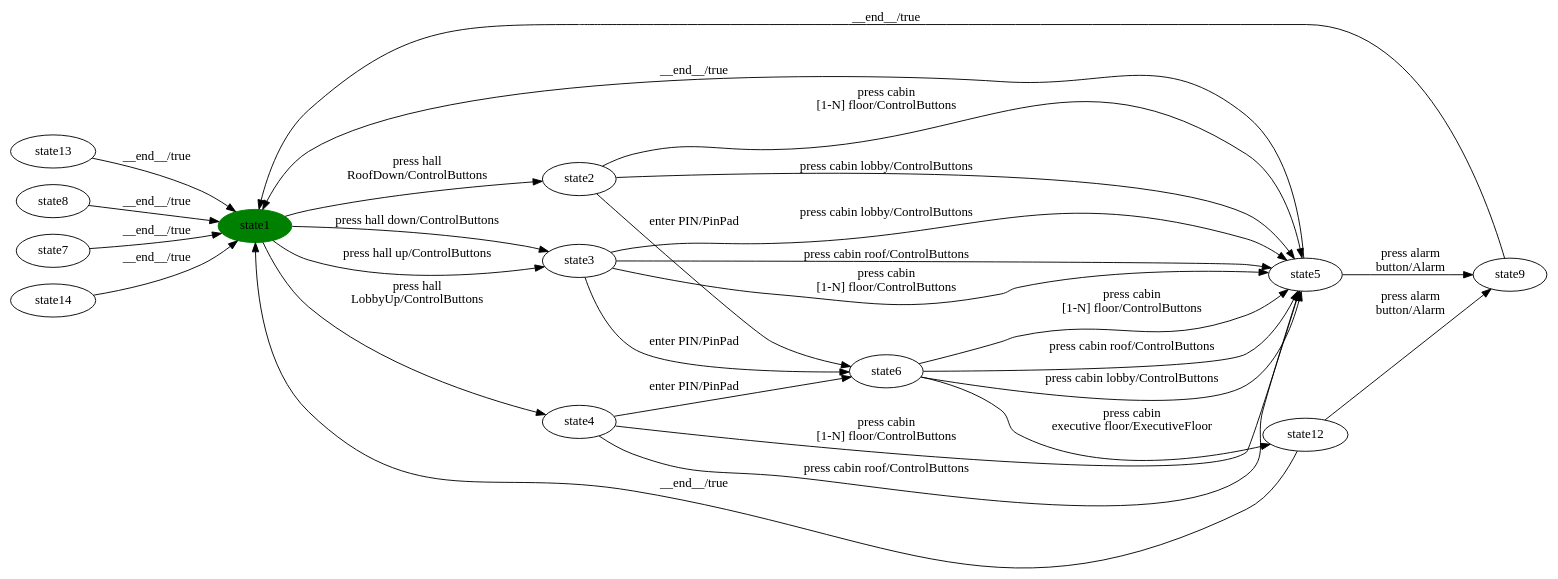
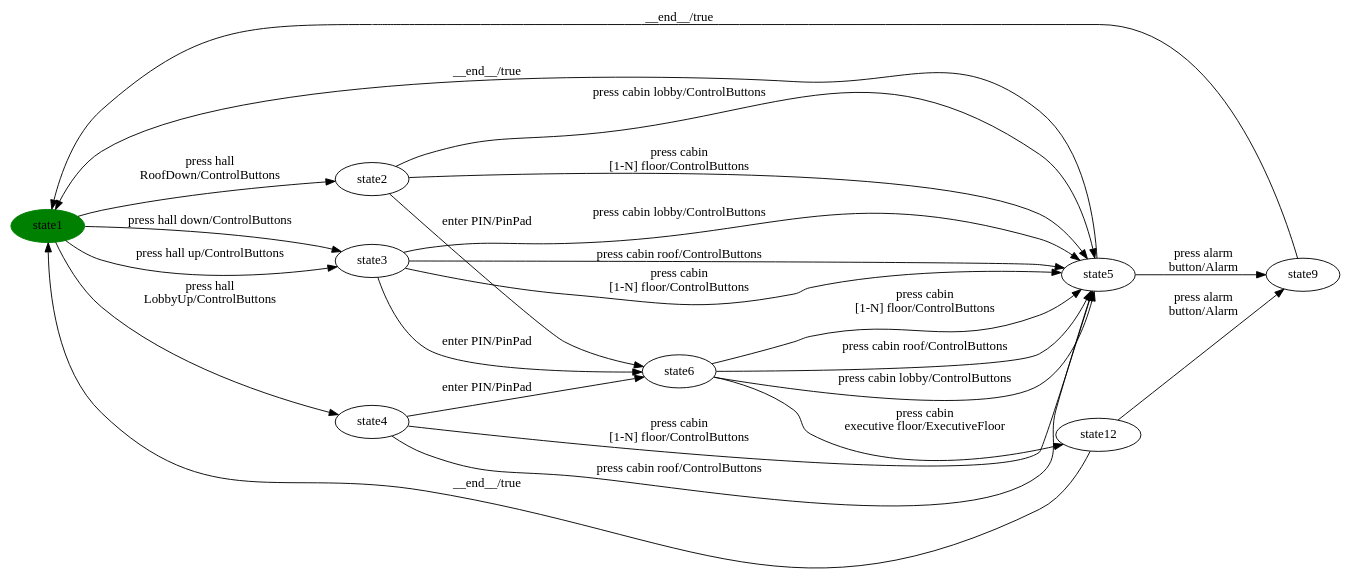
The diagram in milestone-reports/scc-walkthrough/Elevator/Elevator-step2-projected.dot (dilekozturk93/vibes), drawn with Graphviz before and after one commit. The commit also changed 80 other files, not shown here.

```diff
--- a/milestone-reports/scc-walkthrough/Elevator/Elevator-step2-projected.dot
+++ b/milestone-reports/scc-walkthrough/Elevator/Elevator-step2-projected.dot
@@ -1,51 +1,43 @@
 digraph G {
 rankdir=LR;
 state0[ label = "state1", style=filled, color=green ];
 state1 [ label = "state9" ];
 state1 -> state0 [ label=" __end__/true " ];
 state2 [ label = "state6" ];
 state2 -> state3 [ label=" press cabin lobby/ControlButtons " ];
 state2 -> state3 [ label=" press cabin 
 [1-N] floor/ControlButtons " ];
 state2 -> state3 [ label=" press cabin roof/ControlButtons " ];
 state2 -> state4 [ label=" press cabin 
 executive floor/ExecutiveFloor " ];
-state5 [ label = "state13" ];
-state5 -> state0 [ label=" __end__/true " ];
 state3 [ label = "state5" ];
 state3 -> state1 [ label=" press alarm
 button/Alarm " ];
 state3 -> state0 [ label=" __end__/true " ];
 state4 [ label = "state12" ];
 state4 -> state1 [ label=" press alarm
 button/Alarm " ];
 state4 -> state0 [ label=" __end__/true " ];
-state6 [ label = "state8" ];
-state6 -> state0 [ label=" __end__/true " ];
-state7 [ label = "state7" ];
-state7 -> state0 [ label=" __end__/true " ];
-state8 [ label = "state2" ];
-state8 -> state3 [ label=" press cabin 
+state5 [ label = "state2" ];
+state5 -> state2 [ label=" enter PIN/PinPad " ];
+state5 -> state3 [ label=" press cabin lobby/ControlButtons " ];
+state5 -> state3 [ label=" press cabin 
 [1-N] floor/ControlButtons " ];
-state8 -> state3 [ label=" press cabin lobby/ControlButtons " ];
-state8 -> state2 [ label=" enter PIN/PinPad " ];
-state0 -> state8 [ label=" press hall 
+state0 -> state5 [ label=" press hall 
 RoofDown/ControlButtons " ];
-state0 -> state9 [ label=" press hall up/ControlButtons " ];
-state0 -> state9 [ label=" press hall down/ControlButtons " ];
-state0 -> state10 [ label=" press hall 
+state0 -> state6 [ label=" press hall up/ControlButtons " ];
+state0 -> state6 [ label=" press hall down/ControlButtons " ];
+state0 -> state7 [ label=" press hall 
 LobbyUp/ControlButtons " ];
-state10 [ label = "state4" ];
-state10 -> state3 [ label=" press cabin roof/ControlButtons " ];
-state10 -> state3 [ label=" press cabin 
+state7 [ label = "state4" ];
+state7 -> state3 [ label=" press cabin roof/ControlButtons " ];
+state7 -> state3 [ label=" press cabin 
 [1-N] floor/ControlButtons " ];
-state10 -> state2 [ label=" enter PIN/PinPad " ];
-state9 [ label = "state3" ];
-state9 -> state3 [ label=" press cabin lobby/ControlButtons " ];
-state9 -> state3 [ label=" press cabin roof/ControlButtons " ];
-state9 -> state3 [ label=" press cabin 
+state7 -> state2 [ label=" enter PIN/PinPad " ];
+state6 [ label = "state3" ];
+state6 -> state3 [ label=" press cabin lobby/ControlButtons " ];
+state6 -> state3 [ label=" press cabin roof/ControlButtons " ];
+state6 -> state3 [ label=" press cabin 
 [1-N] floor/ControlButtons " ];
-state9 -> state2 [ label=" enter PIN/PinPad " ];
-state11 [ label = "state14" ];
-state11 -> state0 [ label=" __end__/true " ];
+state6 -> state2 [ label=" enter PIN/PinPad " ];
 }
```
